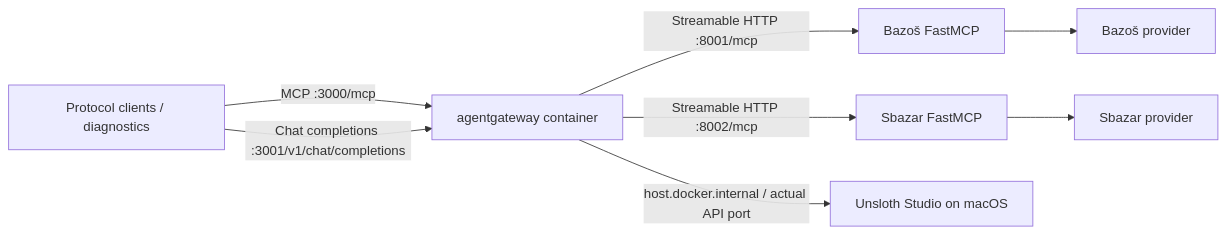
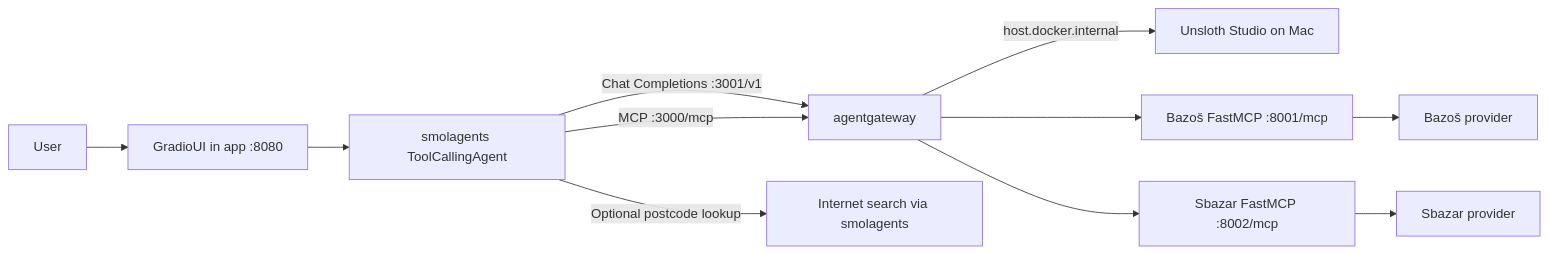
Before and after one commit to HajekMartin/agents-course-laba: the diagram in 01/docs/architecture.md, drawn with Mermaid. The commit also changed other lines of this file and 31 other files, not shown here.

````diff
--- a/01/docs/architecture.md
+++ b/01/docs/architecture.md
@@ -41,10 +7,13 @@
 ```mermaid
 flowchart LR
-    Client[Protocol clients / diagnostics] -->|MCP :3000/mcp| Gateway[agentgateway container]
-    Client -->|Chat completions :3001/v1/chat/completions| Gateway
-    Gateway -->|Streamable HTTP :8001/mcp| BazosMCP[Bazoš FastMCP]
-    Gateway -->|Streamable HTTP :8002/mcp| SbazarMCP[Sbazar FastMCP]
-    Gateway -->|host.docker.internal / actual API port| Unsloth[Unsloth Studio on macOS]
-    BazosMCP --> BazosProvider[Bazoš provider]
-    SbazarMCP --> SbazarProvider[Sbazar provider]
+    User --> UI[GradioUI in app :8080]
+    UI --> Agent[smolagents ToolCallingAgent]
+    Agent -->|Chat Completions :3001/v1| Gateway[agentgateway]
+    Agent -->|MCP :3000/mcp| Gateway
+    Agent -->|Optional postcode lookup| Web[Internet search via smolagents]
+    Gateway -->|host.docker.internal| Unsloth[Unsloth Studio on Mac]
+    Gateway --> Bazos[Bazoš FastMCP :8001/mcp]
+    Gateway --> Sbazar[Sbazar FastMCP :8002/mcp]
+    Bazos --> BP[Bazoš provider]
+    Sbazar --> SP[Sbazar provider]
 ```
````
